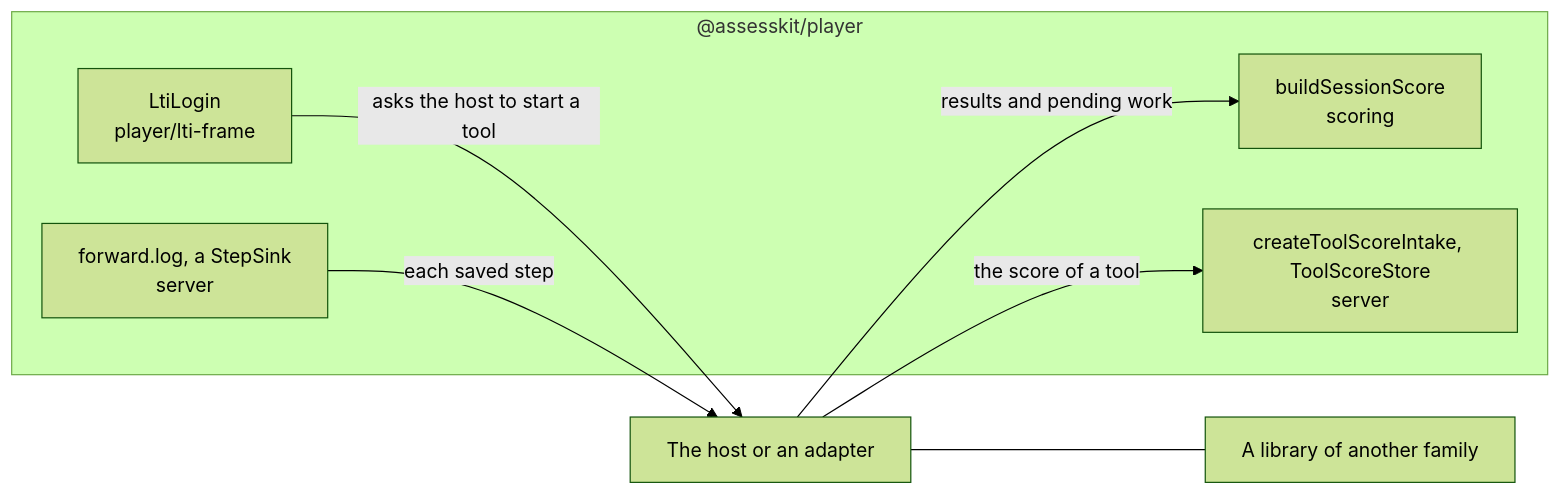
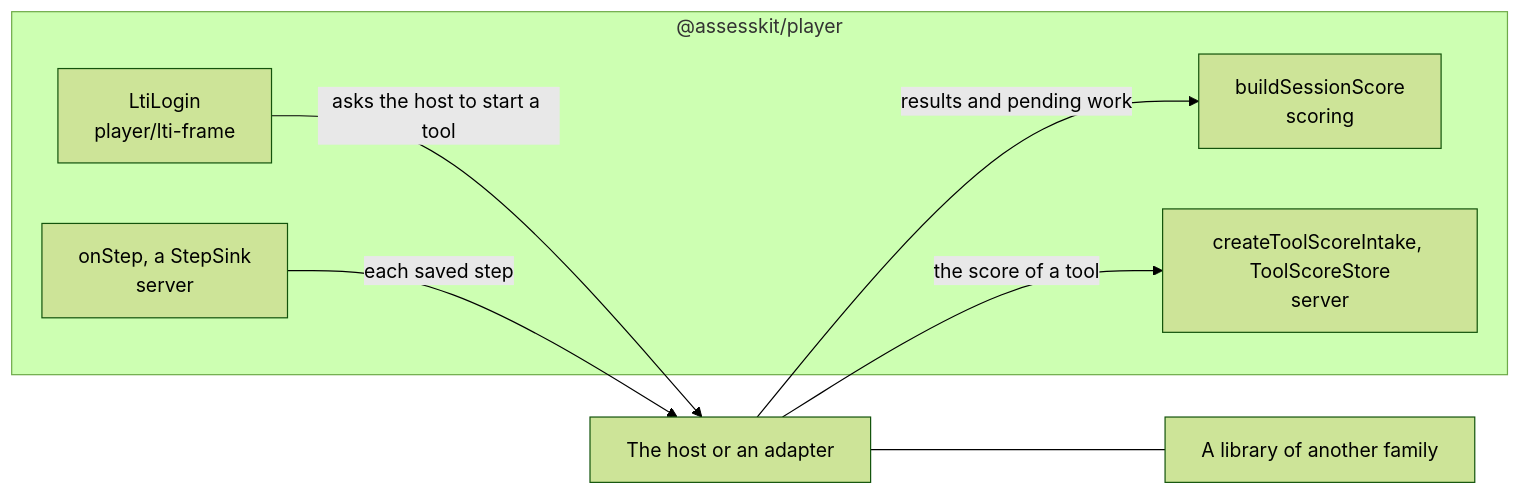
One commit to assesskit/assesskit changed the second of 2 diagrams in docs/player/architecture.md. Above: the diagram before and after it, drawn with Mermaid (forest theme). The commit also changed other lines of this file and 19 other files, not shown here.

````diff
--- a/docs/player/architecture.md
+++ b/docs/player/architecture.md
@@ -73,16 +73,16 @@
 ```mermaid
 flowchart LR
   subgraph player["@assesskit/player"]
     login["LtiLogin<br/>player/lti-frame"]
-    log["forward.log, a StepSink<br/>server"]
+    log["onStep, a StepSink<br/>server"]
     score["buildSessionScore<br/>scoring"]
     intake["createToolScoreIntake, ToolScoreStore<br/>server"]
   end
   host["The host or an adapter"]
   lib["A library of another family"]
   login -->|asks the host to start a tool| host
   log -->|each saved step| host
   host -->|results and pending work| score
   host -->|the score of a tool| intake
   host --- lib
 ```
````
